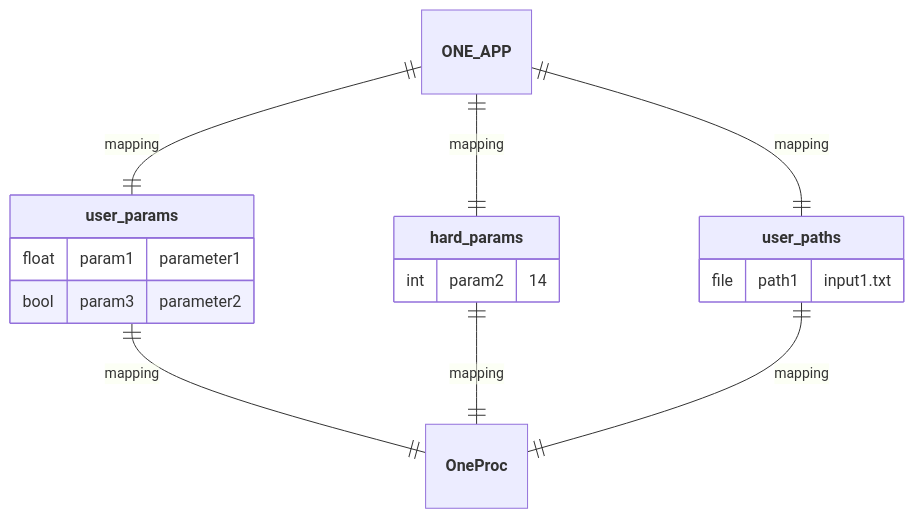
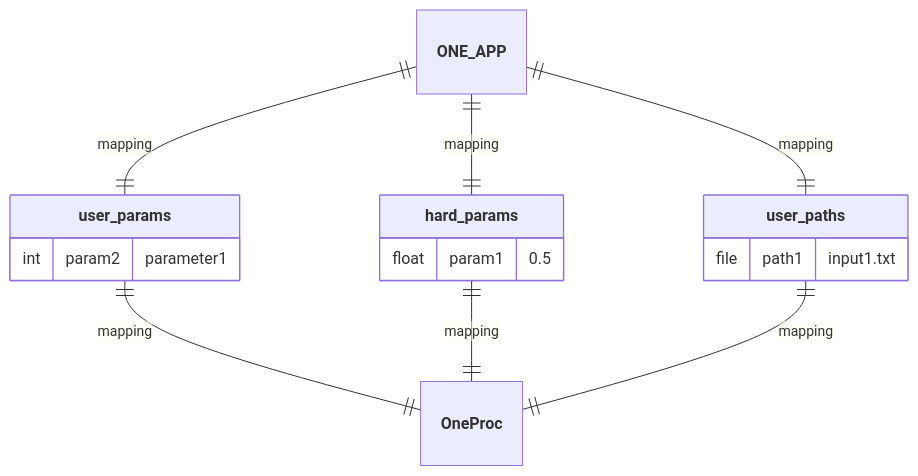
The eighth of 17 diagrams in README.md (nuremics/nuremics), drawn with Mermaid before and after one commit. The commit also changed other lines of this file, not shown here.

````diff
--- a/README.md
+++ b/README.md
@@ -232,20 +230,19 @@
 ```mermaid
 erDiagram
   **ONE_APP** ||--|| **user_params** : mapping
   **ONE_APP** ||--|| **hard_params** : mapping
   **ONE_APP** ||--|| **user_paths** : mapping
   **user_params** ||--|| **OneProc** : mapping
   **hard_params** ||--|| **OneProc** : mapping
   **user_paths** ||--|| **OneProc** : mapping
 
   **user_params** {
-    float param1 "parameter1"
-    bool param3 "parameter2"
+    int param2 "parameter1"
   }
   **hard_params** {
-    int param2 "14"
+    float param1 "0.5"
   }
   **user_paths** {
     file path1 "input1.txt"
   }
 ```
````
